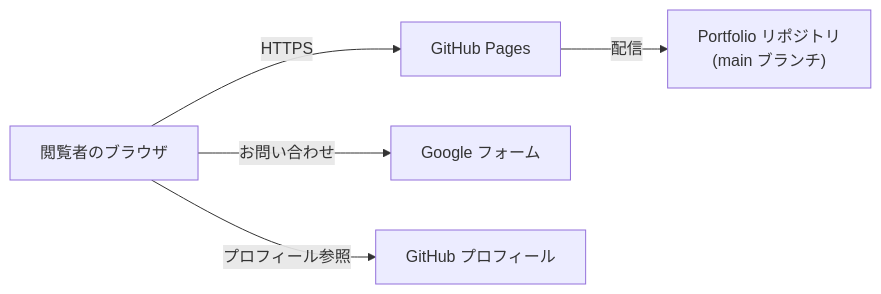
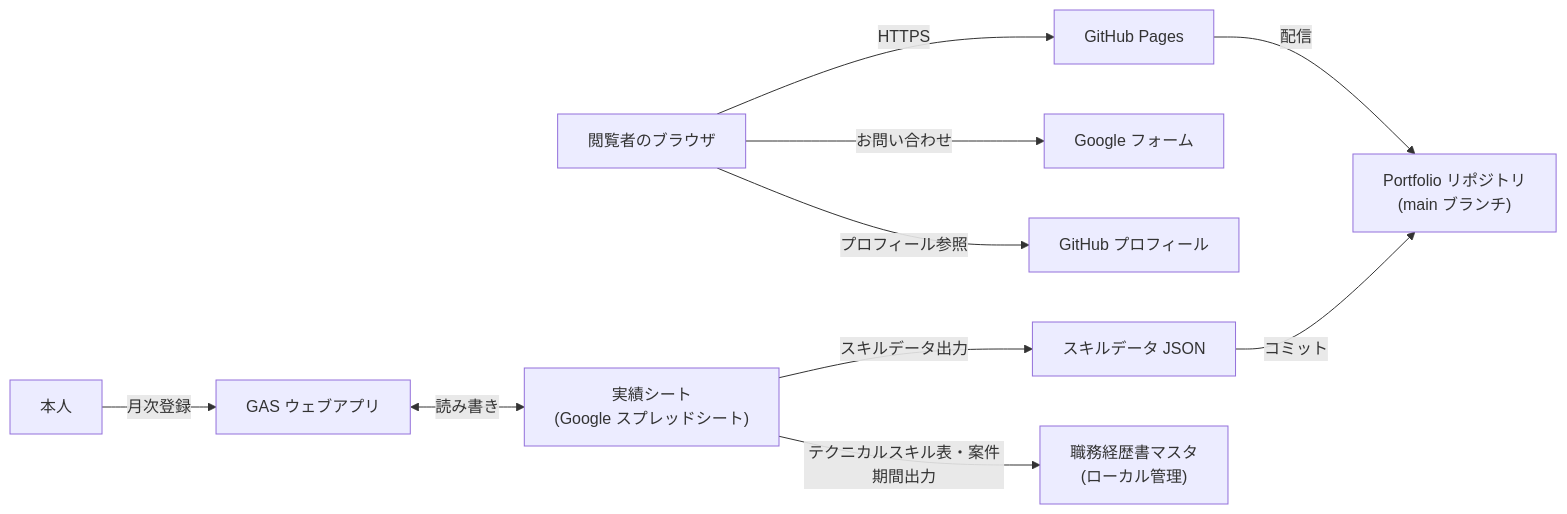
One commit to Seiya-Nakagawa/Portfolio changed the first of 3 diagrams in docs/02.design/DESIGN.md. Above: the diagram before and after it, drawn with Mermaid. The commit also changed other lines of this file, not shown here.

````diff
--- a/docs/02.design/DESIGN.md
+++ b/docs/02.design/DESIGN.md
@@ -11,7 +13,13 @@
 ```mermaid
 flowchart LR
     Browser["閲覧者のブラウザ"] -->|HTTPS| Pages["GitHub Pages"]
     Pages -->|配信| Repo["Portfolio リポジトリ\n(main ブランチ)"]
     Browser -->|お問い合わせ| GForm["Google フォーム"]
     Browser -->|プロフィール参照| GitHub["GitHub プロフィール"]
+
+    Owner["本人"] -->|月次登録| GAS["GAS ウェブアプリ"]
+    GAS <-->|読み書き| Sheet["実績シート\n(Google スプレッドシート)"]
+    Sheet -->|スキルデータ出力| Json["スキルデータ JSON"]
+    Sheet -->|テクニカルスキル表・案件期間出力| Resume["職務経歴書マスタ\n(ローカル管理)"]
+    Json -->|コミット| Repo
 ```
````
